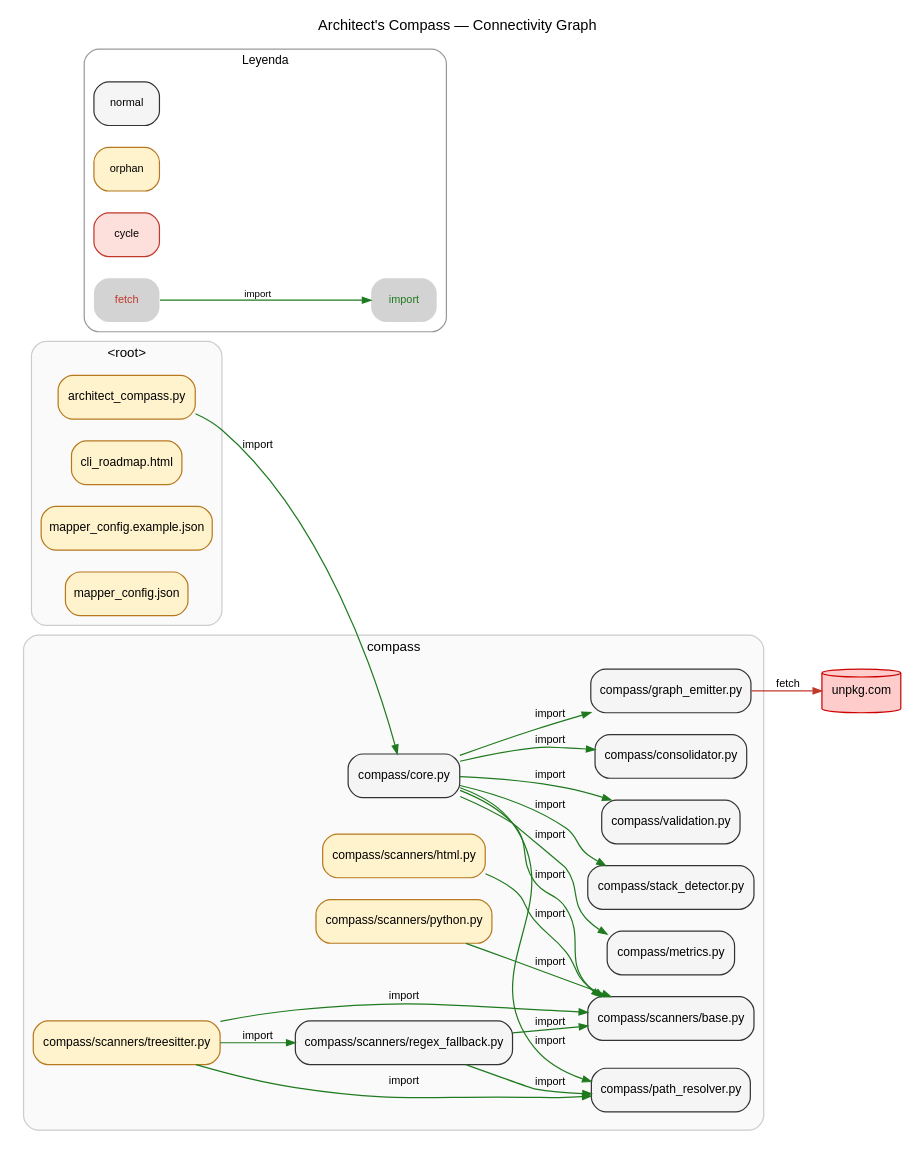
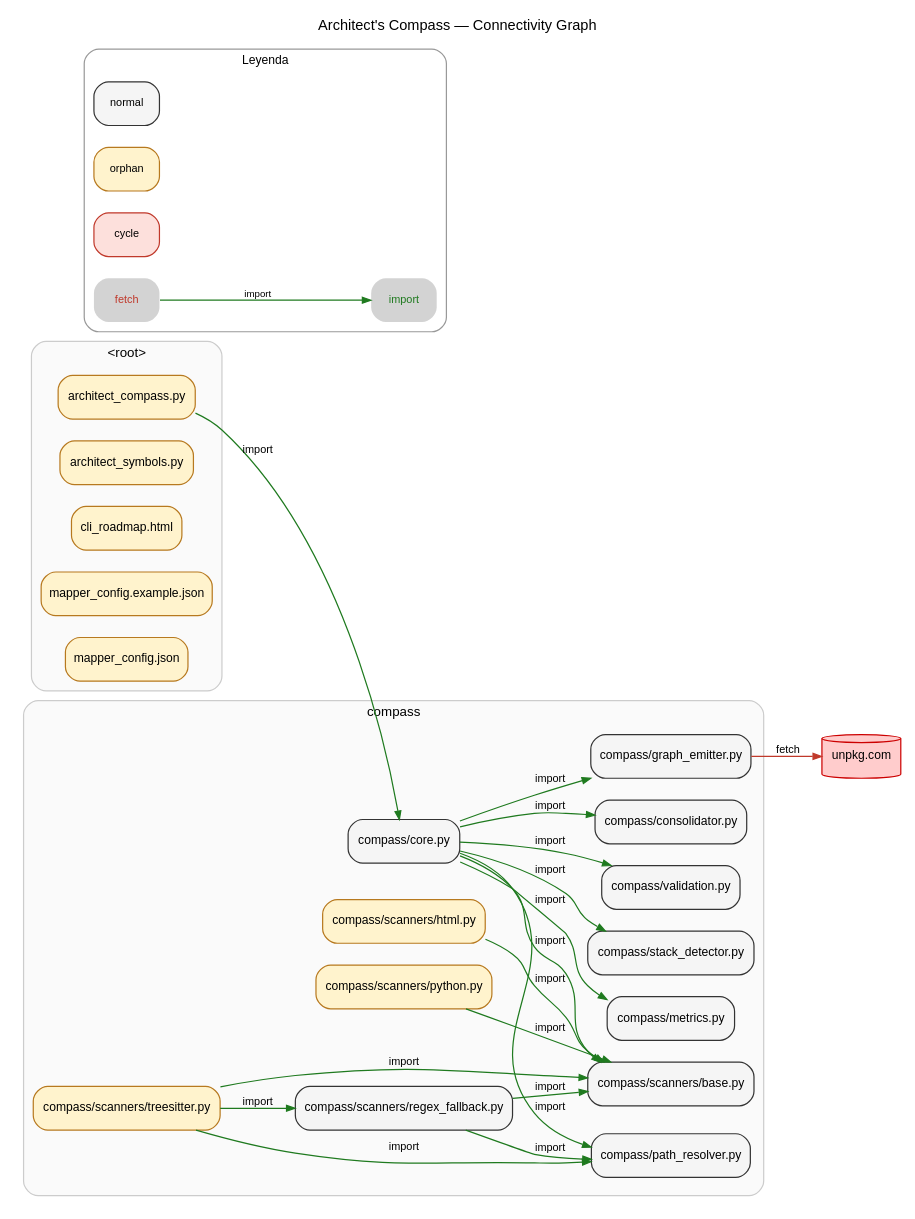
Before and after one commit to betovildoza/Architect_compass: the diagram in .map/connectivity.dot, drawn with Graphviz. The commit also changed 7 other files, not shown here.

Commit message:
sesion 11 - SYM-004 Symbol Tool + hardcodes fix + formalizacion LOAD-038/WEB-039/REG-040 - architect_symbols.py (.map/symbols.json + compass symbols) + cero paths absolutos + project_name basename + compass.bat portable %~dp0

```diff
--- a/.map/connectivity.dot
+++ b/.map/connectivity.dot
@@ -1,63 +1,64 @@
 digraph G {
     rankdir=LR;
     concentrate=false; compound=true;
     graph [fontname="Arial", fontsize=12, labelloc="t", label="Architect's Compass — Connectivity Graph"];
     node [style="rounded,filled", fontname="Arial", fontsize=10];
     edge [arrowsize=0.7];
     subgraph "cluster_<root>" {
         label="<root>";
         style="rounded,filled";
         fillcolor="#fafafa"; color="#cccccc";
         fontname="Arial"; fontsize=11;
         "architect_compass.py" [shape=box, fillcolor="#fff3cd", color="#b7791f"];
+        "architect_symbols.py" [shape=box, fillcolor="#fff3cd", color="#b7791f"];
         "cli_roadmap.html" [shape=box, fillcolor="#fff3cd", color="#b7791f"];
         "mapper_config.example.json" [shape=box, fillcolor="#fff3cd", color="#b7791f"];
         "mapper_config.json" [shape=box, fillcolor="#fff3cd", color="#b7791f"];
     }
     subgraph "cluster_compass" {
         label="compass";
         style="rounded,filled";
         fillcolor="#fafafa"; color="#cccccc";
         fontname="Arial"; fontsize=11;
         "compass/consolidator.py" [shape=box, fillcolor="#f5f5f5", color="#333333"];
         "compass/core.py" [shape=box, fillcolor="#f5f5f5", color="#333333"];
         "compass/graph_emitter.py" [shape=box, fillcolor="#f5f5f5", color="#333333"];
         "compass/metrics.py" [shape=box, fillcolor="#f5f5f5", color="#333333"];
         "compass/path_resolver.py" [shape=box, fillcolor="#f5f5f5", color="#333333"];
         "compass/scanners/base.py" [shape=box, fillcolor="#f5f5f5", color="#333333"];
         "compass/scanners/html.py" [shape=box, fillcolor="#fff3cd", color="#b7791f"];
         "compass/scanners/python.py" [shape=box, fillcolor="#fff3cd", color="#b7791f"];
         "compass/scanners/regex_fallback.py" [shape=box, fillcolor="#f5f5f5", color="#333333"];
         "compass/scanners/treesitter.py" [shape=box, fillcolor="#fff3cd", color="#b7791f"];
         "compass/stack_detector.py" [shape=box, fillcolor="#f5f5f5", color="#333333"];
         "compass/validation.py" [shape=box, fillcolor="#f5f5f5", color="#333333"];
     }
     "[EXTERNAL:unpkg.com]" [label="unpkg.com", shape=cylinder, style=filled, fillcolor="#ffcccc", color="#cc0000", fontname="Arial"];
     "architect_compass.py" -> "compass/core.py" [label="import", color="#1f7a1f", fontname="Arial", fontsize=9];
     "compass/core.py" -> "compass/consolidator.py" [label="import", color="#1f7a1f", fontname="Arial", fontsize=9];
     "compass/core.py" -> "compass/graph_emitter.py" [label="import", color="#1f7a1f", fontname="Arial", fontsize=9];
     "compass/core.py" -> "compass/metrics.py" [label="import", color="#1f7a1f", fontname="Arial", fontsize=9];
     "compass/core.py" -> "compass/path_resolver.py" [label="import", color="#1f7a1f", fontname="Arial", fontsize=9];
     "compass/core.py" -> "compass/scanners/base.py" [label="import", color="#1f7a1f", fontname="Arial", fontsize=9];
     "compass/core.py" -> "compass/stack_detector.py" [label="import", color="#1f7a1f", fontname="Arial", fontsize=9];
     "compass/core.py" -> "compass/validation.py" [label="import", color="#1f7a1f", fontname="Arial", fontsize=9];
     "compass/graph_emitter.py" -> "[EXTERNAL:unpkg.com]" [label="fetch", color="#c0392b", fontname="Arial", fontsize=9];
     "compass/scanners/html.py" -> "compass/scanners/base.py" [label="import", color="#1f7a1f", fontname="Arial", fontsize=9];
     "compass/scanners/python.py" -> "compass/scanners/base.py" [label="import", color="#1f7a1f", fontname="Arial", fontsize=9];
     "compass/scanners/regex_fallback.py" -> "compass/path_resolver.py" [label="import", color="#1f7a1f", fontname="Arial", fontsize=9];
     "compass/scanners/regex_fallback.py" -> "compass/scanners/base.py" [label="import", color="#1f7a1f", fontname="Arial", fontsize=9];
     "compass/scanners/treesitter.py" -> "compass/path_resolver.py" [label="import", color="#1f7a1f", fontname="Arial", fontsize=9];
     "compass/scanners/treesitter.py" -> "compass/scanners/base.py" [label="import", color="#1f7a1f", fontname="Arial", fontsize=9];
     "compass/scanners/treesitter.py" -> "compass/scanners/regex_fallback.py" [label="import", color="#1f7a1f", fontname="Arial", fontsize=9];
     subgraph "cluster_legend" {
         label="Leyenda"; style="rounded,filled";
         fillcolor="#ffffff"; color="#999999";
         fontname="Arial"; fontsize=10; rank=sink;
         "_legend_node_normal" [label="normal", fillcolor="#f5f5f5", color="#333333", shape=box, style="rounded,filled", fontname="Arial", fontsize=9];
         "_legend_node_orphan" [label="orphan", fillcolor="#fff3cd", color="#b7791f", shape=box, style="rounded,filled", fontname="Arial", fontsize=9];
         "_legend_node_cycle" [label="cycle", fillcolor="#fde0dc", color="#c0392b", shape=box, style="rounded,filled", fontname="Arial", fontsize=9];
         "_legend_edge_fetch" [label="fetch", shape=plaintext, fontname="Arial", fontsize=9, fontcolor="#c0392b"];
         "_legend_edge_import" [label="import", shape=plaintext, fontname="Arial", fontsize=9, fontcolor="#1f7a1f"];
         "_legend_edge_fetch" -> "_legend_edge_import" [color="#1f7a1f", label="import", fontname="Arial", fontsize=8];
     }
 }
```
